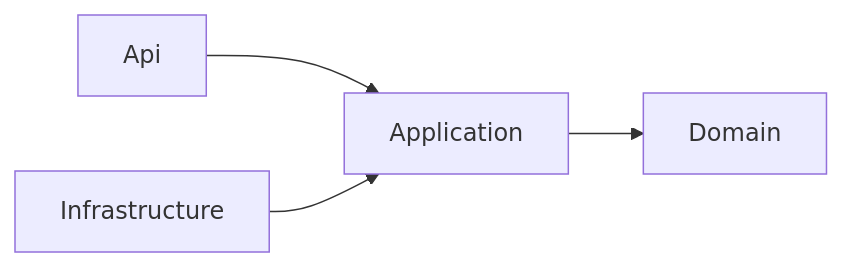
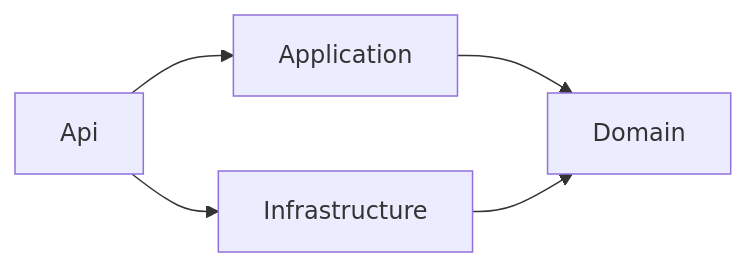
The first of 2 diagrams in docs/architecture.md (grabreu/product-catalog), drawn with Mermaid before and after one commit. The commit also changed other lines of this file and 66 other files, not shown here.

````diff
--- a/docs/architecture.md
+++ b/docs/architecture.md
@@ -9,6 +9,7 @@
 ```mermaid
 flowchart LR
     Api --> Application
-    Infrastructure --> Application
+    Api --> Infrastructure
     Application --> Domain
+    Infrastructure --> Domain
 ```
````
